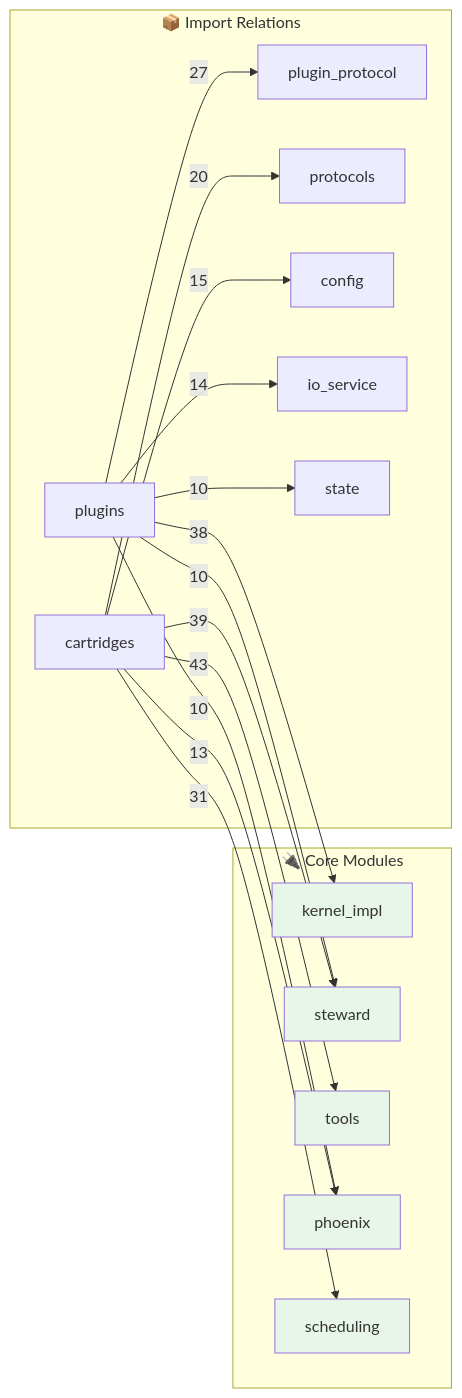
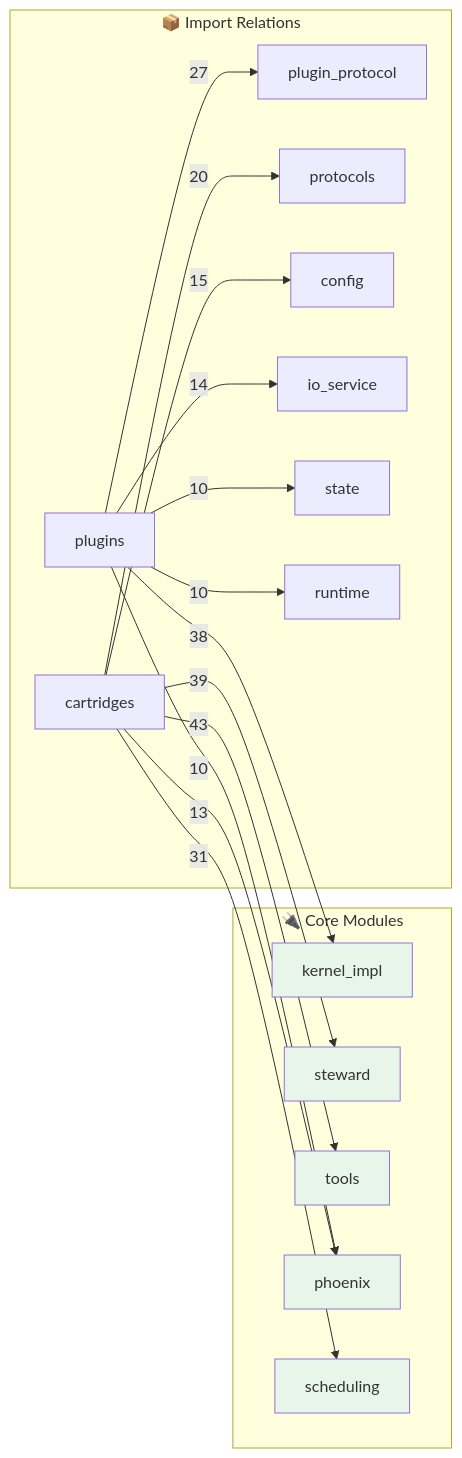
One commit to kimeisele/steward-protocol changed the second of 2 diagrams in OPUS.md. Above: the diagram before and after it, drawn with Mermaid. The commit also changed other lines of this file and 14 other files, not shown here.

````diff
--- a/OPUS.md
+++ b/OPUS.md
@@ -510,31 +510,31 @@
 ```mermaid
 flowchart LR
     subgraph Core["🔌 Core Modules"]
         kernel_impl[kernel_impl]
         steward[steward]
         tools[tools]
         phoenix[phoenix]
         scheduling[scheduling]
     end
 
     subgraph Edges["📦 Import Relations"]
         cartridges -->|43| tools
         cartridges -->|39| steward
         plugins -->|38| kernel_impl
         cartridges -->|31| scheduling
         plugins -->|27| plugin_protocol
         cartridges -->|20| protocols
         cartridges -->|15| config
         plugins -->|14| io_service
         cartridges -->|13| phoenix
         plugins -->|10| phoenix
         plugins -->|10| state
-        plugins -->|10| steward
+        plugins -->|10| runtime
     end
 
     style kernel_impl fill:#e8f5e9
     style steward fill:#e8f5e9
     style tools fill:#e8f5e9
     style phoenix fill:#e8f5e9
     style scheduling fill:#e8f5e9
 ```
````
